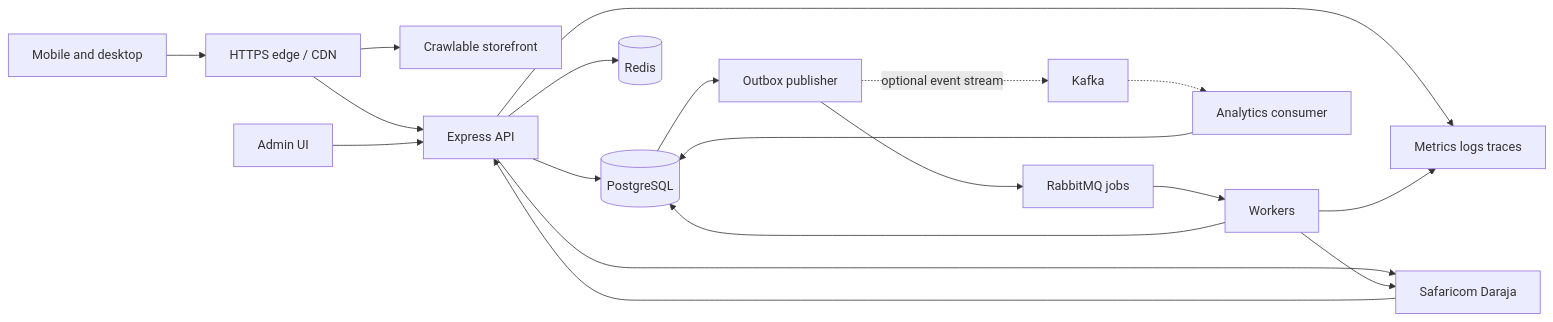
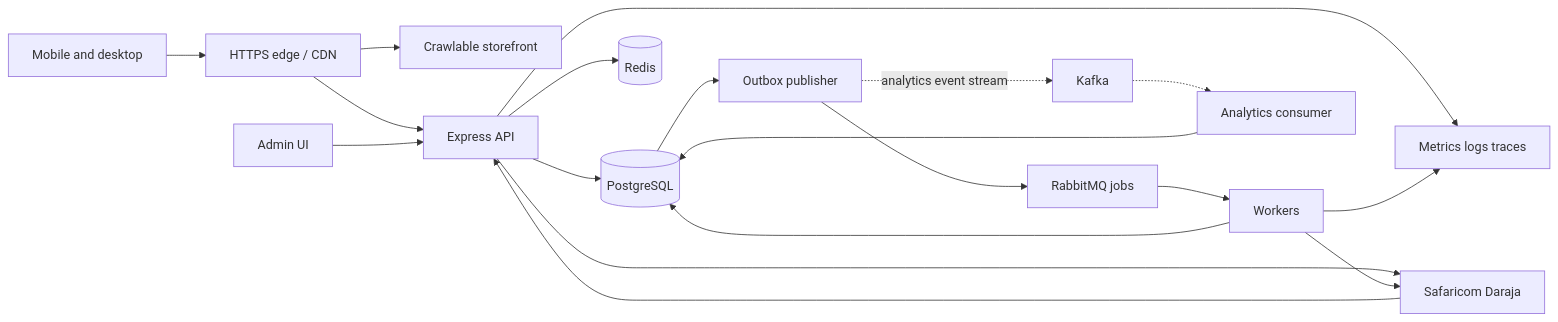
The diagram in docs/architecture.md (dev-bramwel/Bliss-Atelier-Perfumes), drawn with Mermaid before and after one commit. The commit also changed other lines of this file and 6 other files, not shown here.

````diff
--- a/docs/architecture.md
+++ b/docs/architecture.md
@@ -5,21 +5,21 @@
 ```mermaid
 flowchart LR
   U[Mobile and desktop] --> E[HTTPS edge / CDN]
   E --> S[Crawlable storefront]
   E --> A[Express API]
   AD[Admin UI] --> A
   A --> P[(PostgreSQL)]
   A --> R[(Redis)]
   A --> M[Safaricom Daraja]
   M --> A
   P --> O[Outbox publisher]
   O --> Q[RabbitMQ jobs]
   Q --> W[Workers]
   W --> P
   W --> M
-  O -. optional event stream .-> K[Kafka]
+  O -. analytics event stream .-> K[Kafka]
   K -.-> AN[Analytics consumer]
   AN --> P
   A --> T[Metrics logs traces]
   W --> T
 ```
````
